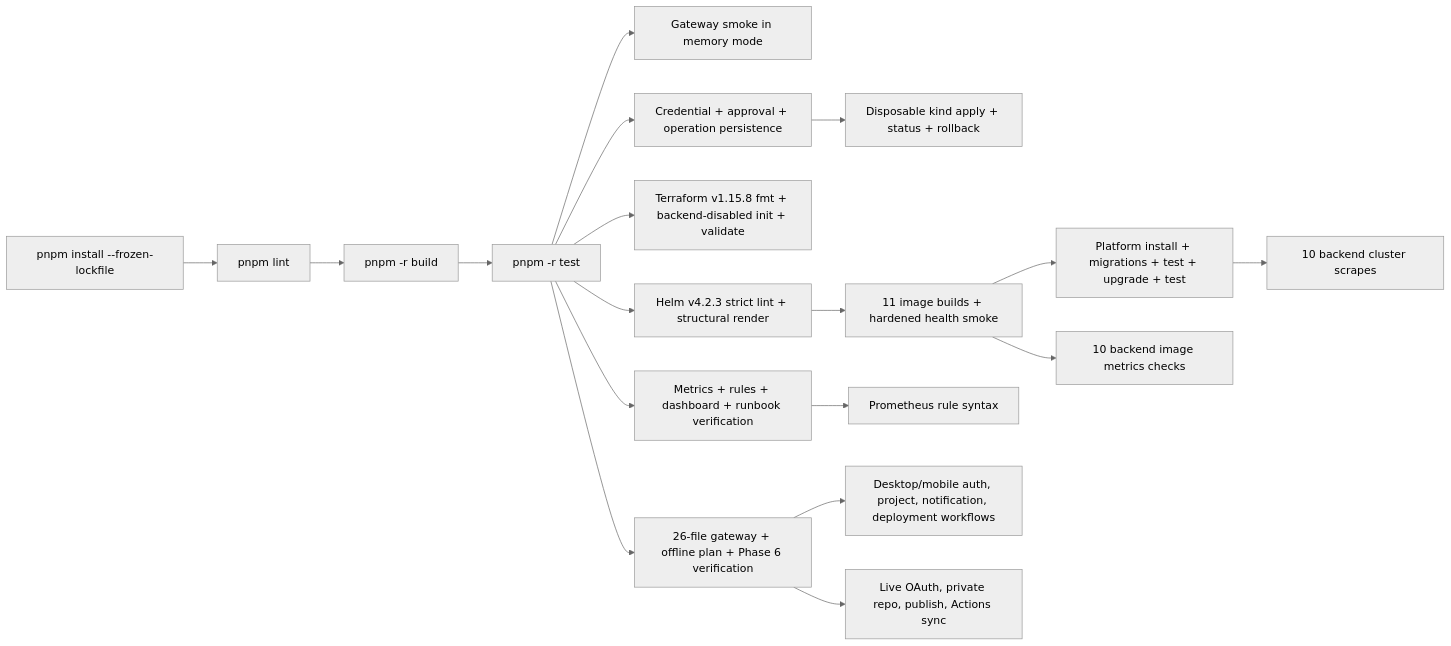
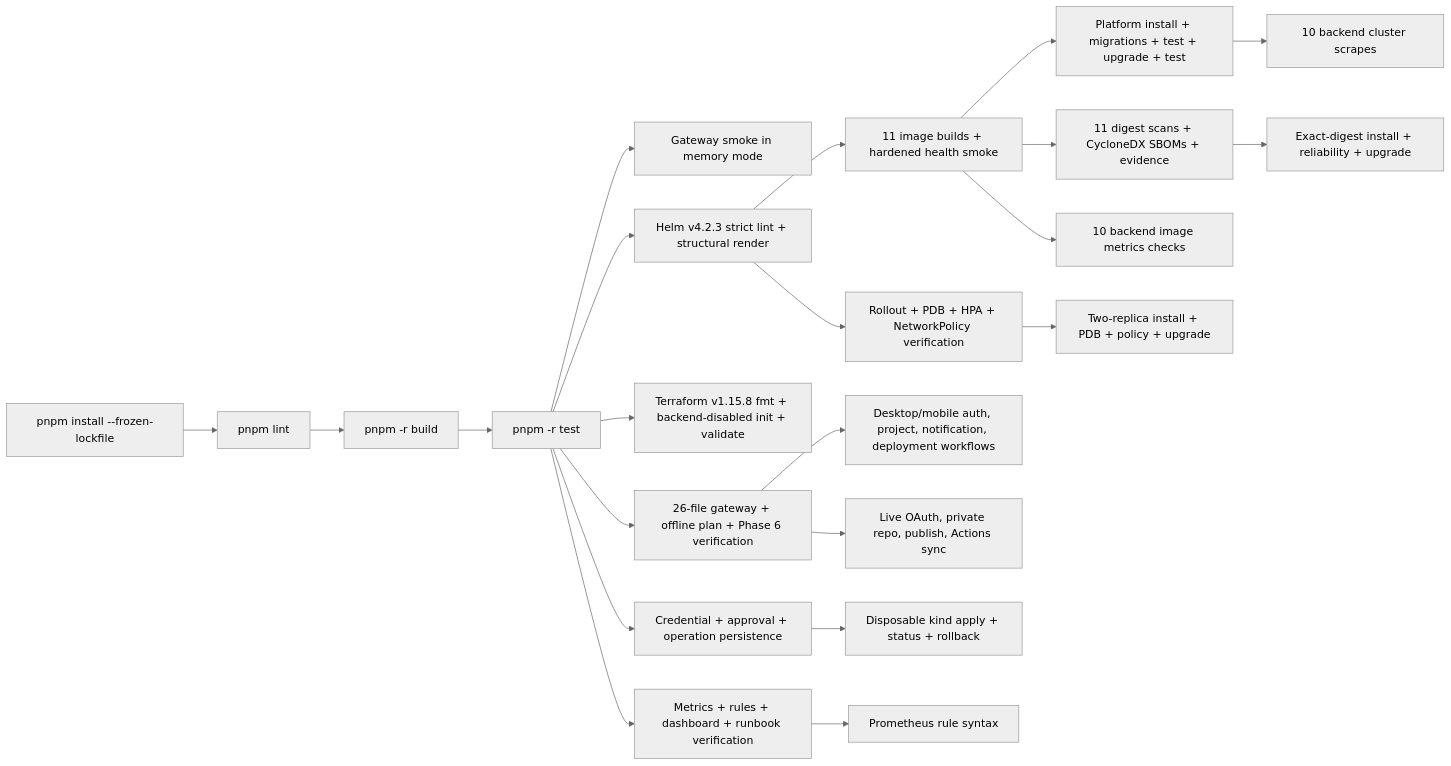
Before and after one commit to devkumarbaheti2507/BuildSphere: diagram 11 of 11 in docs/15_PROJECT_KNOWLEDGE_GRAPH.md, drawn with Mermaid (neutral theme). The commit also changed other lines of this file and 57 other files, not shown here.

````diff
--- a/docs/15_PROJECT_KNOWLEDGE_GRAPH.md
+++ b/docs/15_PROJECT_KNOWLEDGE_GRAPH.md
@@ -686,20 +746,24 @@
 ```mermaid
 flowchart LR
   Install[pnpm install --frozen-lockfile] --> Lint[pnpm lint]
   Lint --> Build[pnpm -r build]
   Build --> Tests[pnpm -r test]
   Tests --> MemorySmoke[Gateway smoke in memory mode]
   Tests --> HelmLint[Helm v4.2.3 strict lint + structural render]
   Tests --> TerraformValidate[Terraform v1.15.8 fmt + backend-disabled init + validate]
   Tests --> PostgresSmoke[26-file gateway + offline plan + Phase 6 verification]
   Tests --> Phase9Postgres[Credential + approval + operation persistence]
   Phase9Postgres --> Kind[Disposable kind apply + status + rollback]
   HelmLint --> Images[11 image builds + hardened health smoke]
   Images --> Phase10Kind[Platform install + migrations + test + upgrade + test]
   Tests --> Phase11[Metrics + rules + dashboard + runbook verification]
   Phase11 --> Promtool[Prometheus rule syntax]
+  HelmLint --> Phase12[Rollout + PDB + HPA + NetworkPolicy verification]
+  Phase12 --> Phase12Kind[Two-replica install + PDB + policy + upgrade]
+  Images --> Phase13[11 digest scans + CycloneDX SBOMs + evidence]
+  Phase13 --> Phase13Kind[Exact-digest install + reliability + upgrade]
   Images --> MetricsSmoke[10 backend image metrics checks]
   Phase10Kind --> ClusterMetrics[10 backend cluster scrapes]
   PostgresSmoke --> Browser[Desktop/mobile auth, project, notification, deployment workflows]
   PostgresSmoke --> LiveGitHub[Live OAuth, private repo, publish, Actions sync]
 ```
````
